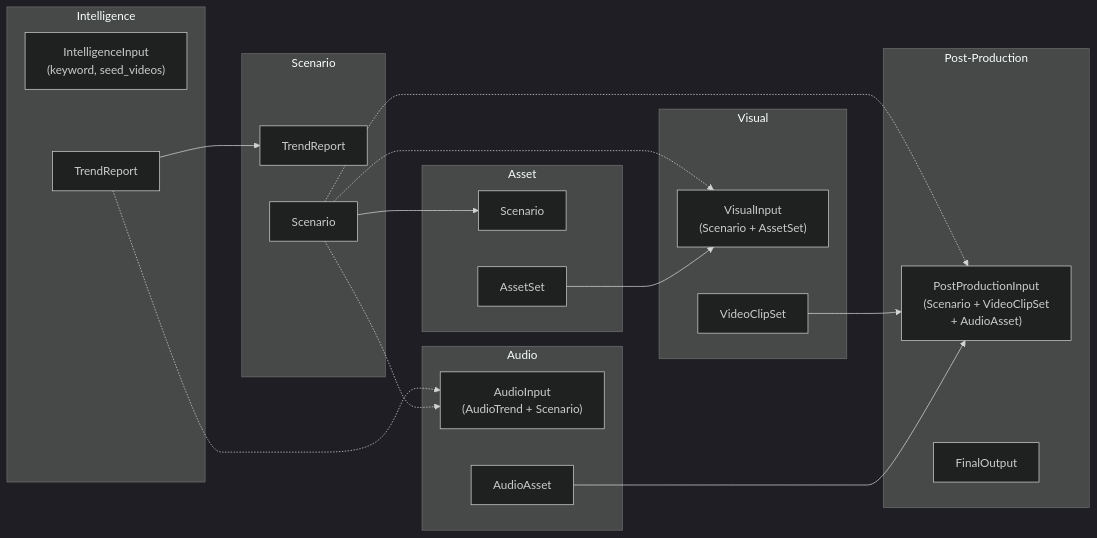
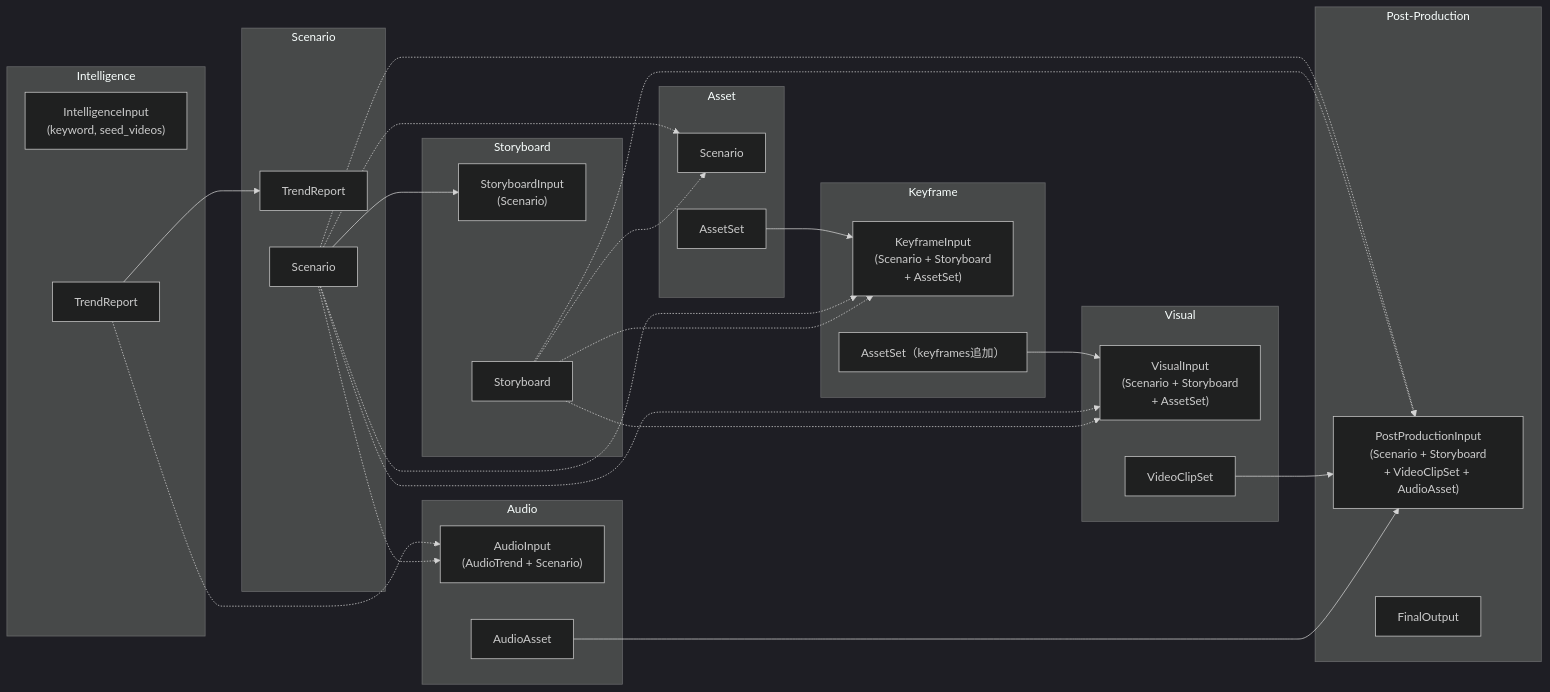
The second of 2 diagrams in daily_routine/docs/designs/t1_overall_flow.md (yamaguchi-milkcocholate/weekly_dev), drawn with Mermaid (dark theme) before and after one commit. The commit also changed other lines of this file and 12 other files, not shown here.

````diff
--- a/daily_routine/docs/designs/t1_overall_flow.md
+++ b/daily_routine/docs/designs/t1_overall_flow.md
@@ -185,42 +233,59 @@
 ```mermaid
 flowchart LR
     subgraph "Intelligence"
         I_IN["IntelligenceInput<br/>(keyword, seed_videos)"]
         I_OUT["TrendReport"]
     end
 
     subgraph "Scenario"
         S_IN["TrendReport"]
         S_OUT["Scenario"]
     end
 
+    subgraph "Storyboard"
+        SB_IN["StoryboardInput<br/>(Scenario)"]
+        SB_OUT["Storyboard"]
+    end
+
     subgraph "Asset"
         A_IN["Scenario"]
         A_OUT["AssetSet"]
     end
 
+    subgraph "Keyframe"
+        K_IN["KeyframeInput<br/>(Scenario + Storyboard<br/>+ AssetSet)"]
+        K_OUT["AssetSet（keyframes追加）"]
+    end
+
     subgraph "Visual"
-        V_IN["VisualInput<br/>(Scenario + AssetSet)"]
+        V_IN["VisualInput<br/>(Scenario + Storyboard<br/>+ AssetSet)"]
         V_OUT["VideoClipSet"]
     end
 
     subgraph "Audio"
         AU_IN["AudioInput<br/>(AudioTrend + Scenario)"]
         AU_OUT["AudioAsset"]
     end
 
     subgraph "Post-Production"
-        P_IN["PostProductionInput<br/>(Scenario + VideoClipSet<br/>+ AudioAsset)"]
+        P_IN["PostProductionInput<br/>(Scenario + Storyboard<br/>+ VideoClipSet + AudioAsset)"]
         P_OUT["FinalOutput"]
     end
 
     I_OUT --> S_IN
-    S_OUT --> A_IN
+    S_OUT --> SB_IN
+    S_OUT -.-> A_IN
+    SB_OUT -.-> A_IN
+    A_OUT --> K_IN
+    S_OUT -.-> K_IN
+    SB_OUT -.-> K_IN
+    K_OUT --> V_IN
     S_OUT -.-> V_IN
-    A_OUT --> V_IN
+    SB_OUT -.-> V_IN
     I_OUT -.-> AU_IN
     S_OUT -.-> AU_IN
     S_OUT -.-> P_IN
+    SB_OUT -.-> P_IN
     V_OUT --> P_IN
     AU_OUT --> P_IN
 ```
````
